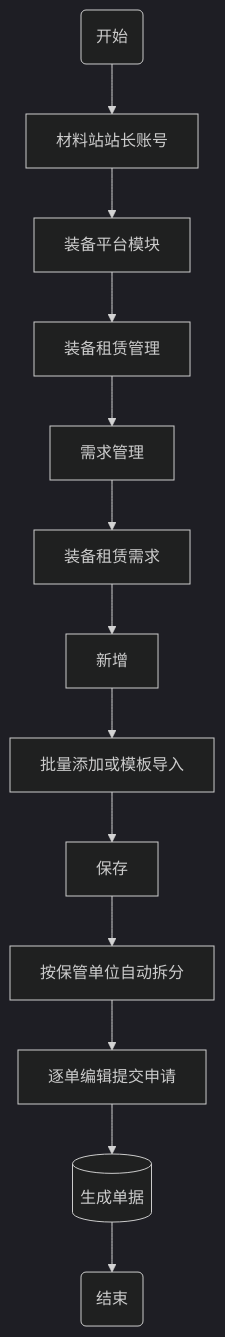
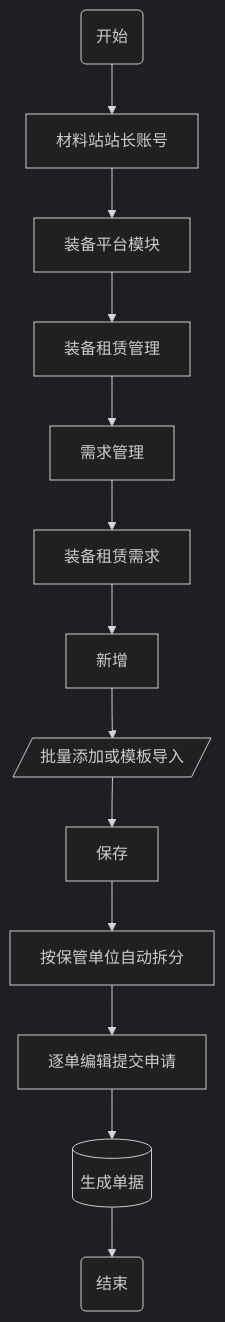
One commit to glaze-blue/zett-single-project changed the third of 8 diagrams in asset/单项工程现场装备全流程管理流程图.md. Above: the diagram before and after it, drawn with Mermaid (dark theme).

Commit message:
优化流程图图形

````diff
--- a/asset/单项工程现场装备全流程管理流程图.md
+++ b/asset/单项工程现场装备全流程管理流程图.md
@@ -81,15 +81,15 @@
 ```mermaid
 graph TD
     00(开始)--> A[材料站站长账号]
     A --> B[装备平台模块]
     B --> C[装备租赁管理]
     C --> D[需求管理]
     D --> E[装备租赁需求]
     E --> F[新增]
-    F --> G[批量添加或模板导入]
+    F --> G[/批量添加或模板导入/]
     G --> H[保存]
     H --> I[按保管单位自动拆分]
     I --> J[逐单编辑提交申请]
     J --> K[(生成单据)]
     K --> L(结束)
 ```
````
